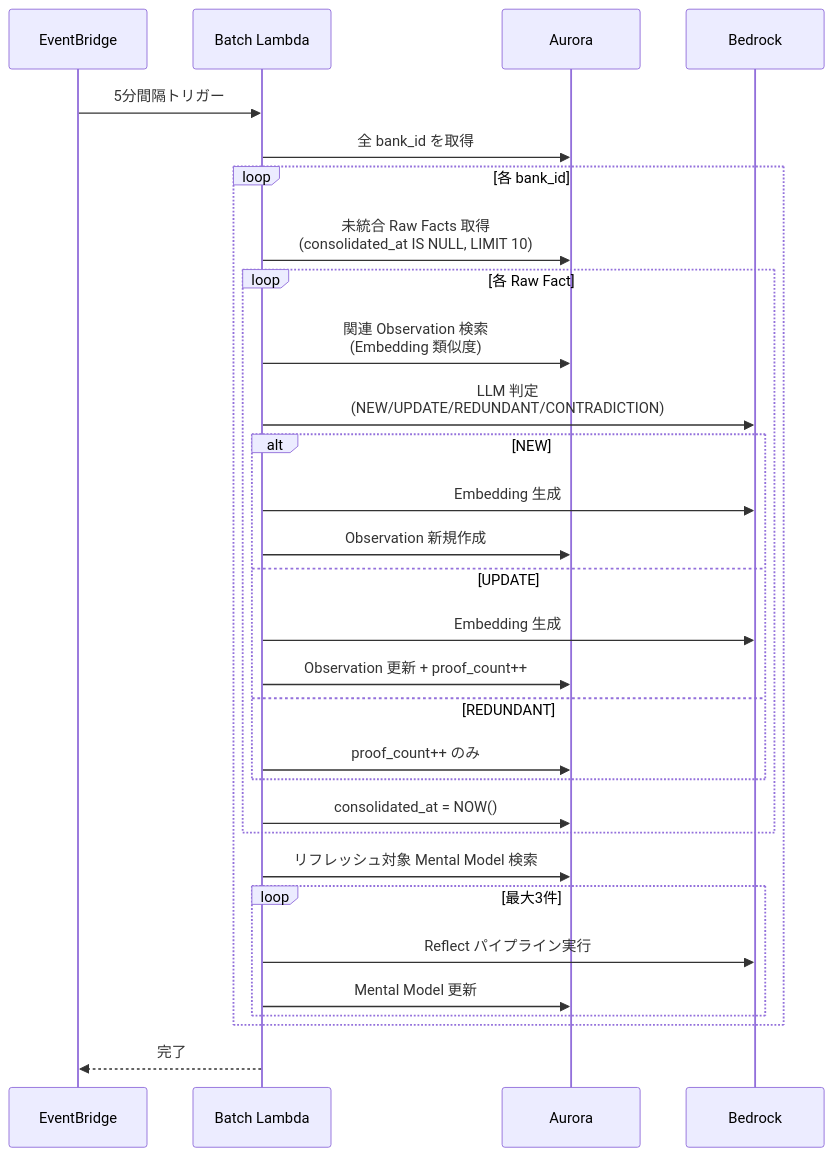
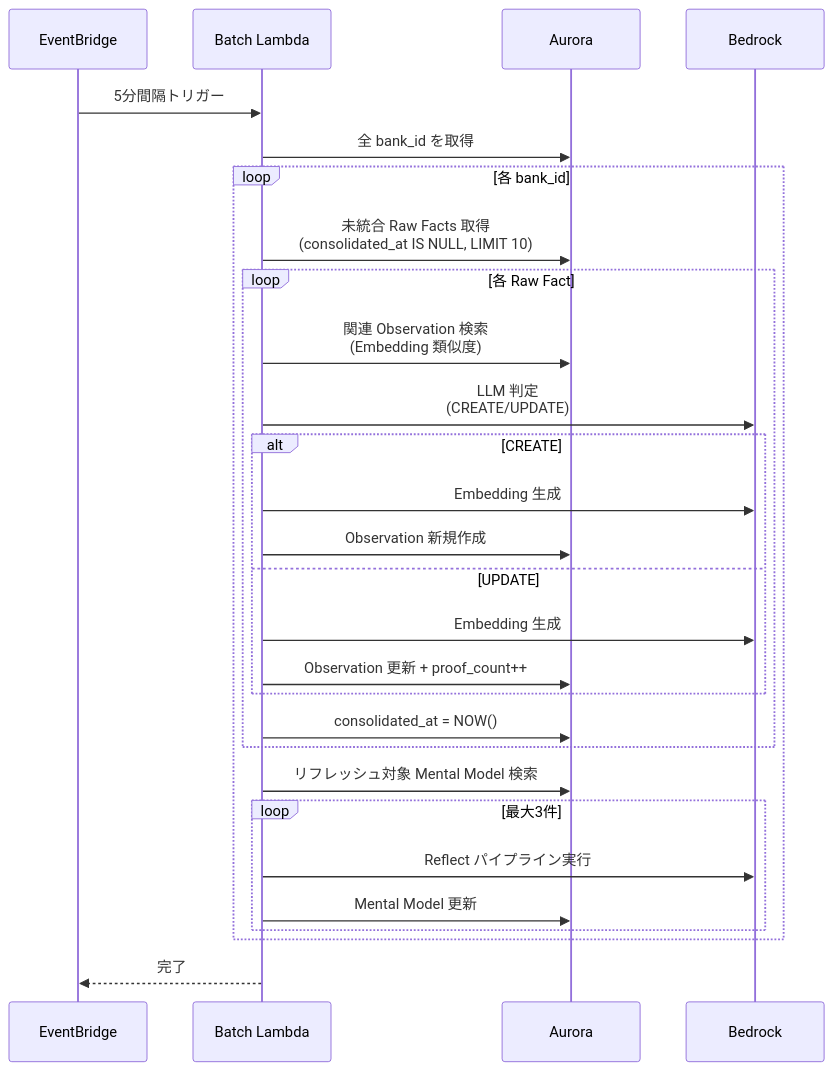
One commit to sori883/myfriend changed the second of 2 diagrams in docs/設計/AWS/バッチ処理.md. Above: the diagram before and after it, drawn with Mermaid. The commit also changed 23 other files, not shown here.

````diff
--- a/docs/設計/AWS/バッチ処理.md
+++ b/docs/設計/AWS/バッチ処理.md
@@ -60,38 +60,36 @@
 ```mermaid
 sequenceDiagram
     participant EB as EventBridge
     participant BATCH as Batch Lambda
     participant DB as Aurora
     participant BR as Bedrock
 
     EB->>BATCH: 5分間隔トリガー
 
     BATCH->>DB: 全 bank_id を取得
 
     loop 各 bank_id
         BATCH->>DB: 未統合 Raw Facts 取得<br/>(consolidated_at IS NULL, LIMIT 10)
 
         loop 各 Raw Fact
             BATCH->>DB: 関連 Observation 検索<br/>(Embedding 類似度)
-            BATCH->>BR: LLM 判定<br/>(NEW/UPDATE/REDUNDANT/CONTRADICTION)
-            alt NEW
+            BATCH->>BR: LLM 判定<br/>(CREATE/UPDATE)
+            alt CREATE
                 BATCH->>BR: Embedding 生成
                 BATCH->>DB: Observation 新規作成
             else UPDATE
                 BATCH->>BR: Embedding 生成
                 BATCH->>DB: Observation 更新 + proof_count++
-            else REDUNDANT
-                BATCH->>DB: proof_count++ のみ
             end
             BATCH->>DB: consolidated_at = NOW()
         end
 
         BATCH->>DB: リフレッシュ対象 Mental Model 検索
         loop 最大3件
             BATCH->>BR: Reflect パイプライン実行
             BATCH->>DB: Mental Model 更新
         end
     end
 
     BATCH-->>EB: 完了
 ```
````
